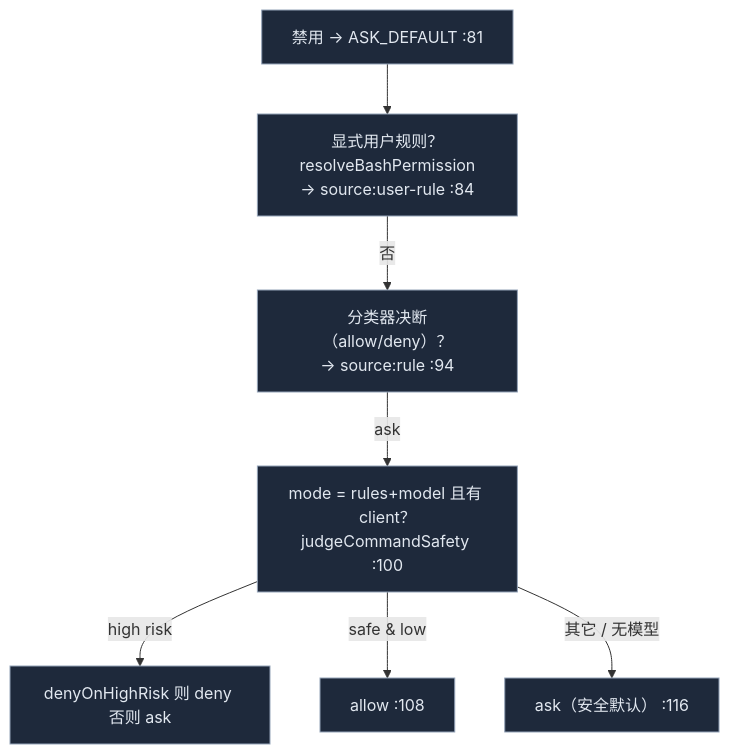
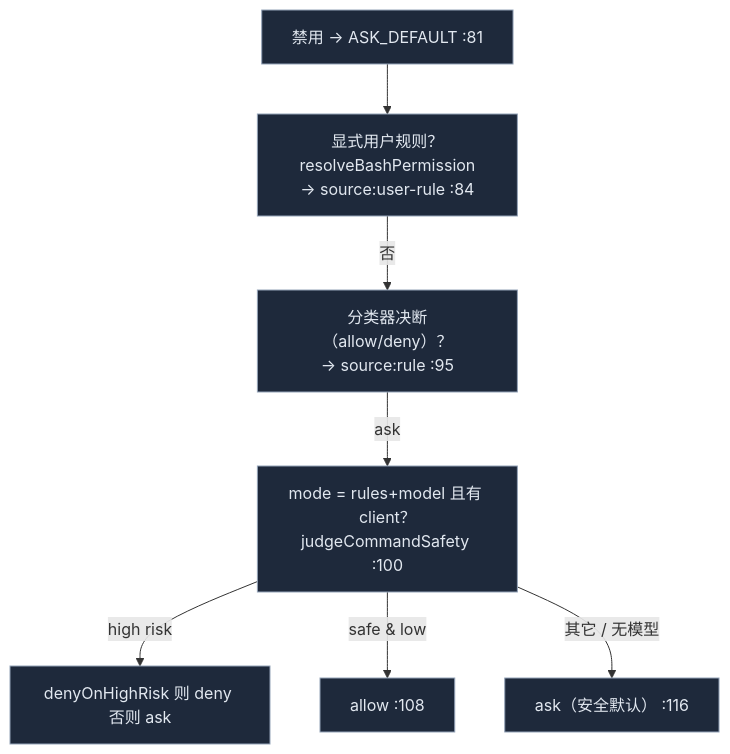
The third of 3 diagrams in docs/content/docs/zh/chat/built-in-agent/permissions.mdx (MaxQian888/cognia-next), drawn with Mermaid before and after one commit. The commit also changed other lines of this file and 17 other files, not shown here.

````diff
--- a/docs/content/docs/zh/chat/built-in-agent/permissions.mdx
+++ b/docs/content/docs/zh/chat/built-in-agent/permissions.mdx
@@ -121,12 +121,12 @@
 ```mermaid
 flowchart TB
   D0["禁用 → ASK_DEFAULT :81"] --> D1
   D1["显式用户规则？resolveBashPermission<br/>→ source:user-rule :84"] -->|否| D2
-  D2["分类器决断（allow/deny）？<br/>→ source:rule :94"] -->|ask| D3
+  D2["分类器决断（allow/deny）？<br/>→ source:rule :95"] -->|ask| D3
   D3["mode = rules+model 且有 client？<br/>judgeCommandSafety :100"] -->|high risk| DENY["denyOnHighRisk 则 deny 否则 ask"]
   D3 -->|safe & low| ALLOW["allow :108"]
   D3 -->|其它 / 无模型| ASK["ask（安全默认） :116"]
 
   classDef n fill:#1e293b,stroke:#94a3b8,color:#e2e8f0
   class D0,D1,D2,D3,DENY,ALLOW,ASK n
 ```
````
